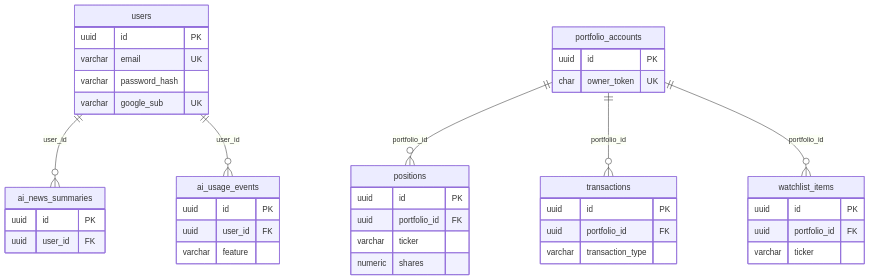
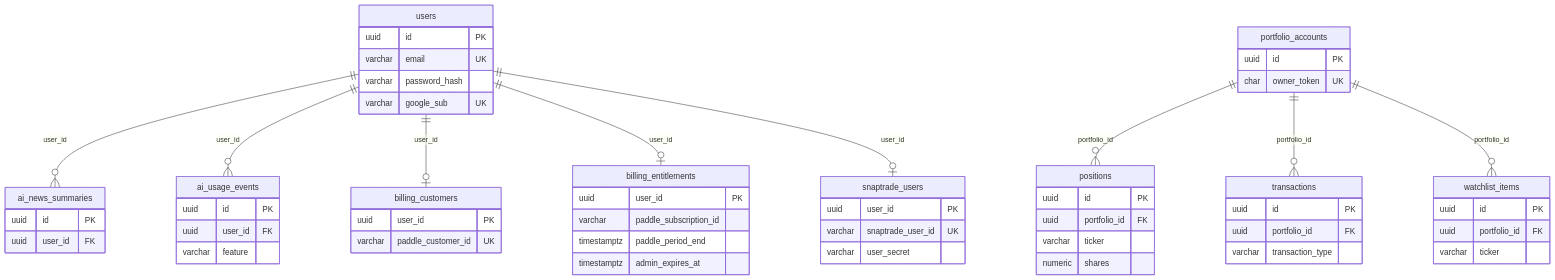
Before and after one commit to Krepto-vlad/Krepton-Analitics: the diagram in Docs/diploma/thesis/docs/appendices/db-schema.md, drawn with Mermaid. The commit also changed other lines of this file and 114 other files, not shown here.

````diff
--- a/Docs/diploma/thesis/docs/appendices/db-schema.md
+++ b/Docs/diploma/thesis/docs/appendices/db-schema.md
@@ -17,43 +17,61 @@
 ```mermaid
 erDiagram
   users ||--o{ ai_news_summaries : "user_id"
   users ||--o{ ai_usage_events : "user_id"
+  users ||--o| billing_customers : "user_id"
+  users ||--o| billing_entitlements : "user_id"
+  users ||--o| snaptrade_users : "user_id"
   portfolio_accounts ||--o{ positions : "portfolio_id"
   portfolio_accounts ||--o{ transactions : "portfolio_id"
   portfolio_accounts ||--o{ watchlist_items : "portfolio_id"
   users {
     uuid id PK
     varchar email UK
     varchar password_hash
     varchar google_sub UK
   }
   portfolio_accounts {
     uuid id PK
     char owner_token UK
   }
   positions {
     uuid id PK
     uuid portfolio_id FK
     varchar ticker
     numeric shares
   }
   transactions {
     uuid id PK
     uuid portfolio_id FK
     varchar transaction_type
   }
   watchlist_items {
     uuid id PK
     uuid portfolio_id FK
     varchar ticker
   }
   ai_news_summaries {
     uuid id PK
     uuid user_id FK
   }
   ai_usage_events {
     uuid id PK
     uuid user_id FK
     varchar feature
   }
+  billing_customers {
+    uuid user_id PK
+    varchar paddle_customer_id UK
+  }
+  billing_entitlements {
+    uuid user_id PK
+    varchar paddle_subscription_id
+    timestamptz paddle_period_end
+    timestamptz admin_expires_at
+  }
+  snaptrade_users {
+    uuid user_id PK
+    varchar snaptrade_user_id UK
+    varchar user_secret
+  }
 ```
````
